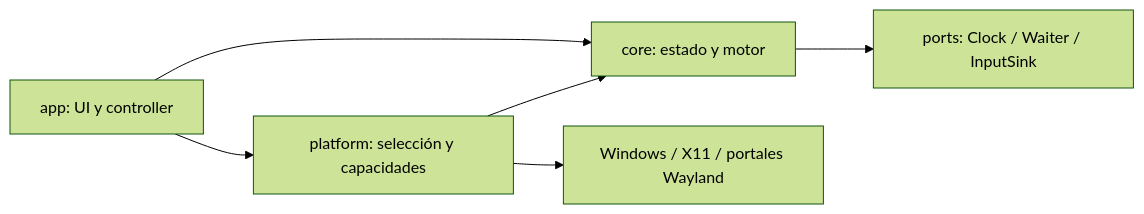
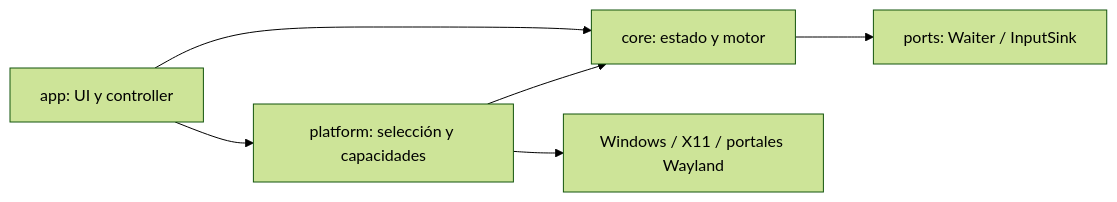
One commit to bensalcos/nanoclicker changed the diagram in docs/architecture/RUST.md. Above: the diagram before and after it, drawn with Mermaid (forest theme). The commit also changed other lines of this file and 13 other files, not shown here.

````diff
--- a/docs/architecture/RUST.md
+++ b/docs/architecture/RUST.md
@@ -34,8 +34,8 @@
 ```mermaid
 flowchart LR
     UI[app: UI y controller] --> Core[core: estado y motor]
     UI --> Platform[platform: selección y capacidades]
     Platform --> Core
-    Core --> Ports[ports: Clock / Waiter / InputSink]
+    Core --> Ports[ports: Waiter / InputSink]
     Platform --> OS[Windows / X11 / portales Wayland]
 ```
````
